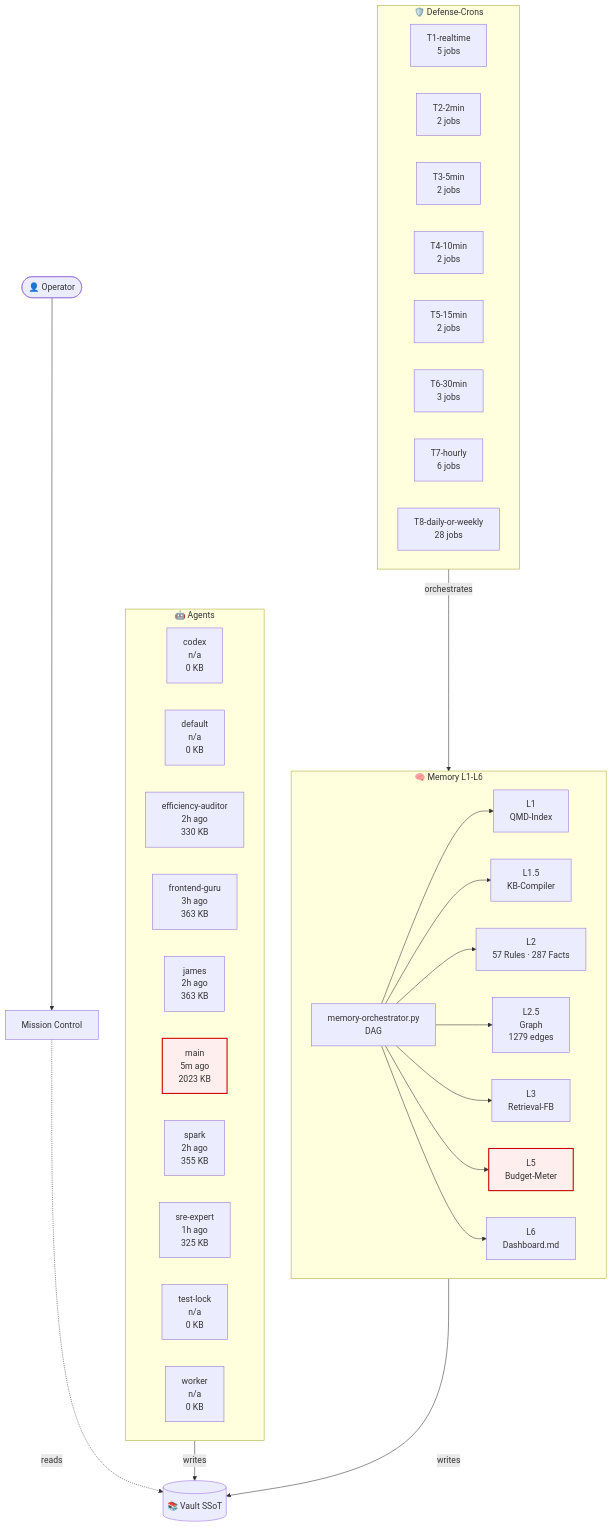
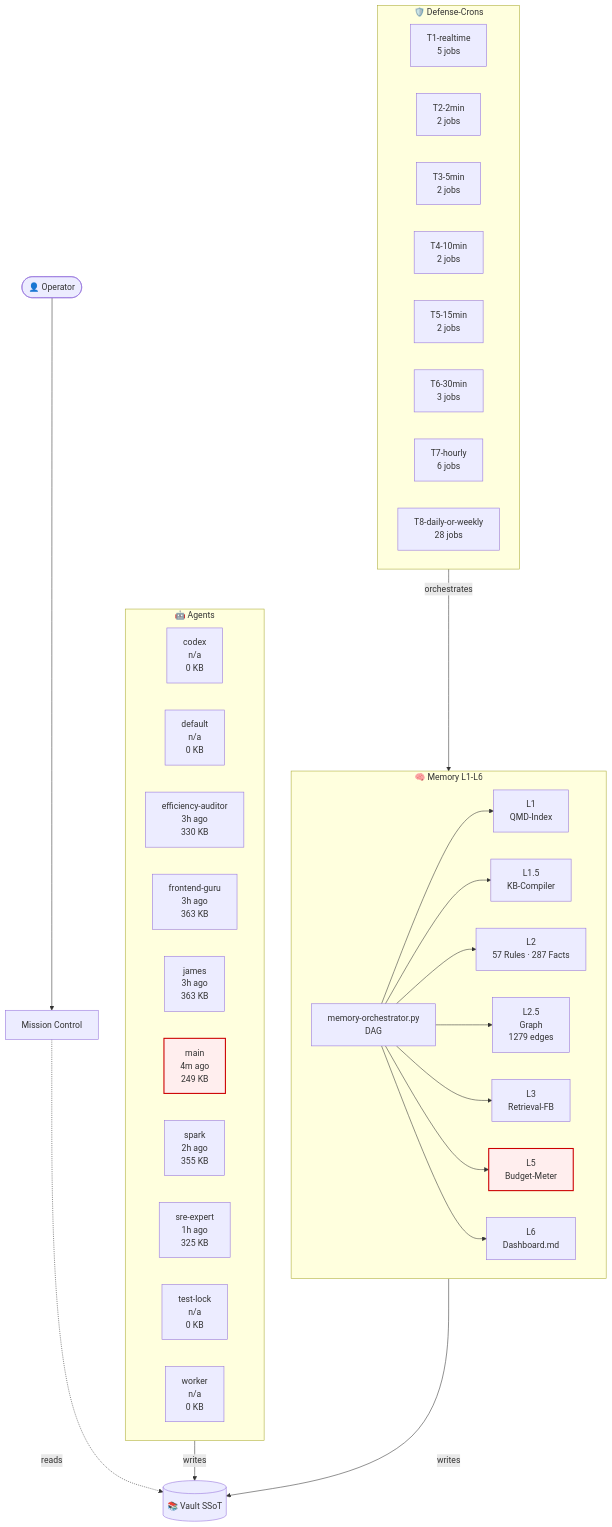
One commit to lenardhuebner88-rgb/openclaw-memory changed the diagram in 03-Agents/architecture-live.md. Above: the diagram before and after it, drawn with Mermaid. The commit also changed other lines of this file and 1 other file, not shown here.

````diff
--- a/03-Agents/architecture-live.md
+++ b/03-Agents/architecture-live.md
@@ -18,53 +18,53 @@
 ```mermaid
 flowchart TB
     classDef critical fill:#fee,stroke:#c00,stroke-width:2px;
     subgraph AGT["🤖 Agents"]
         agent_codex["codex<br/>n/a<br/>0 KB"]
         agent_default["default<br/>n/a<br/>0 KB"]
-        agent_efficiency_auditor["efficiency-auditor<br/>2h ago<br/>330 KB"]
+        agent_efficiency_auditor["efficiency-auditor<br/>3h ago<br/>330 KB"]
         agent_frontend_guru["frontend-guru<br/>3h ago<br/>363 KB"]
-        agent_james["james<br/>2h ago<br/>363 KB"]
-        agent_main["main<br/>5m ago<br/>2023 KB"]
+        agent_james["james<br/>3h ago<br/>363 KB"]
+        agent_main["main<br/>4m ago<br/>249 KB"]
         agent_spark["spark<br/>2h ago<br/>355 KB"]
         agent_sre_expert["sre-expert<br/>1h ago<br/>325 KB"]
         agent_test_lock["test-lock<br/>n/a<br/>0 KB"]
         agent_worker["worker<br/>n/a<br/>0 KB"]
     end
     subgraph MEM["🧠 Memory L1-L6"]
         L1["L1<br/>QMD-Index"]
         L15["L1.5<br/>KB-Compiler"]
         L2["L2<br/>57 Rules · 287 Facts"]
         L25["L2.5<br/>Graph<br/>1279 edges"]
         L3["L3<br/>Retrieval-FB"]
         L5["L5<br/>Budget-Meter"]
         L6["L6<br/>Dashboard.md"]
         ORCH["memory-orchestrator.py<br/>DAG"]
     end
     subgraph CRN["🛡️ Defense-Crons"]
         tier_T1_realtime["T1-realtime<br/>5 jobs"]
         tier_T2_2min["T2-2min<br/>2 jobs"]
         tier_T3_5min["T3-5min<br/>2 jobs"]
         tier_T4_10min["T4-10min<br/>2 jobs"]
         tier_T5_15min["T5-15min<br/>2 jobs"]
         tier_T6_30min["T6-30min<br/>3 jobs"]
         tier_T7_hourly["T7-hourly<br/>6 jobs"]
         tier_T8_daily_or_weekly["T8-daily-or-weekly<br/>28 jobs"]
     end
     VAULT[("📚 Vault SSoT")]
     OP([👤 Operator])
     MC["Mission Control"]
     OP --> MC
     MC -.reads.-> VAULT
     AGT -->|writes| VAULT
     MEM -->|writes| VAULT
     ORCH --> L1
     ORCH --> L15
     ORCH --> L2
     ORCH --> L25
     ORCH --> L3
     ORCH --> L5
     ORCH --> L6
     CRN -->|orchestrates| MEM
     class L5 critical
     class agent_main critical
 ```
````
